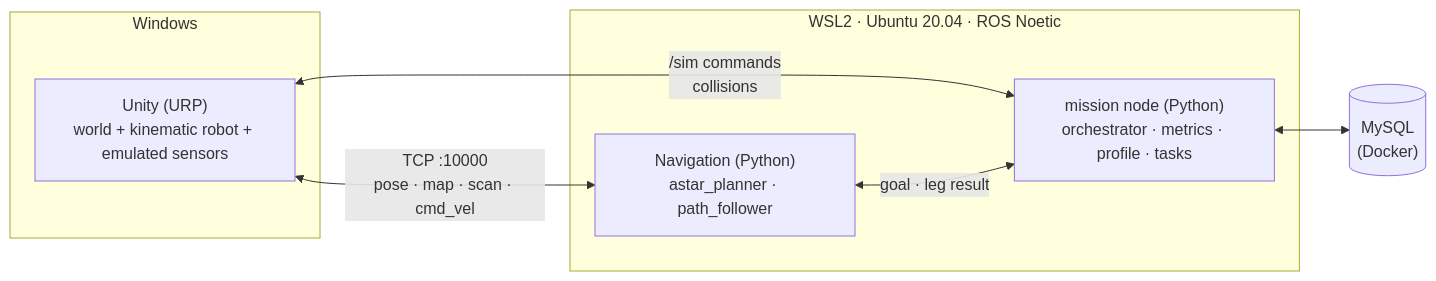
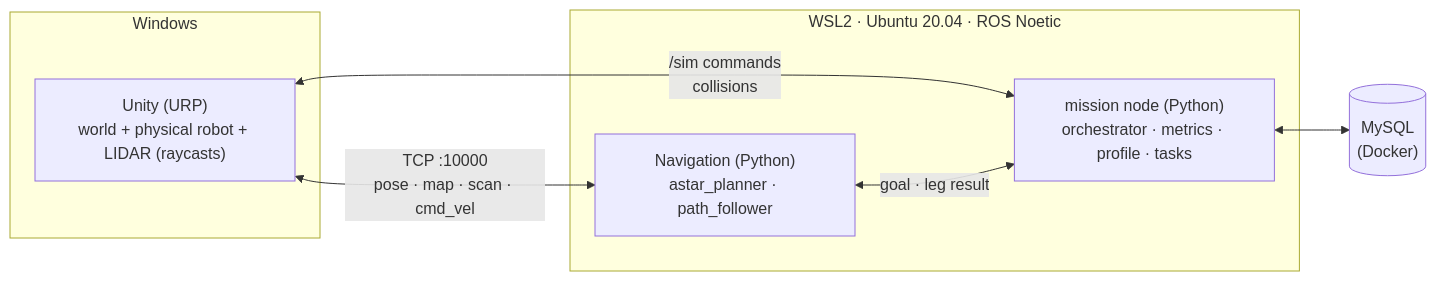
One commit to HoNguyen17/Mobile_Robo_SuppliesChain changed the diagram in docs/README.md. Above: the diagram before and after it, drawn with Mermaid. The commit also changed other lines of this file and 23 other files, not shown here.

````diff
--- a/docs/README.md
+++ b/docs/README.md
@@ -45,16 +46,16 @@
 ```mermaid
 flowchart LR
     subgraph WIN["Windows"]
-        UNITY["Unity (URP)<br/>world + kinematic robot + emulated sensors"]
+        UNITY["Unity (URP)<br/>world + physical robot + LIDAR (raycasts)"]
     end
     subgraph WSL["WSL2 · Ubuntu 20.04 · ROS Noetic"]
         NAV["Navigation (Python)<br/>astar_planner · path_follower"]
         APP["mission node (Python)<br/>orchestrator · metrics · profile · tasks"]
     end
     DB[("MySQL<br/>(Docker)")]
 
     UNITY <-->|"TCP :10000<br/>pose · map · scan · cmd_vel"| NAV
     UNITY <-->|"/sim commands<br/>collisions"| APP
     NAV <-->|"goal · leg result"| APP
     APP <--> DB
 ```
````
